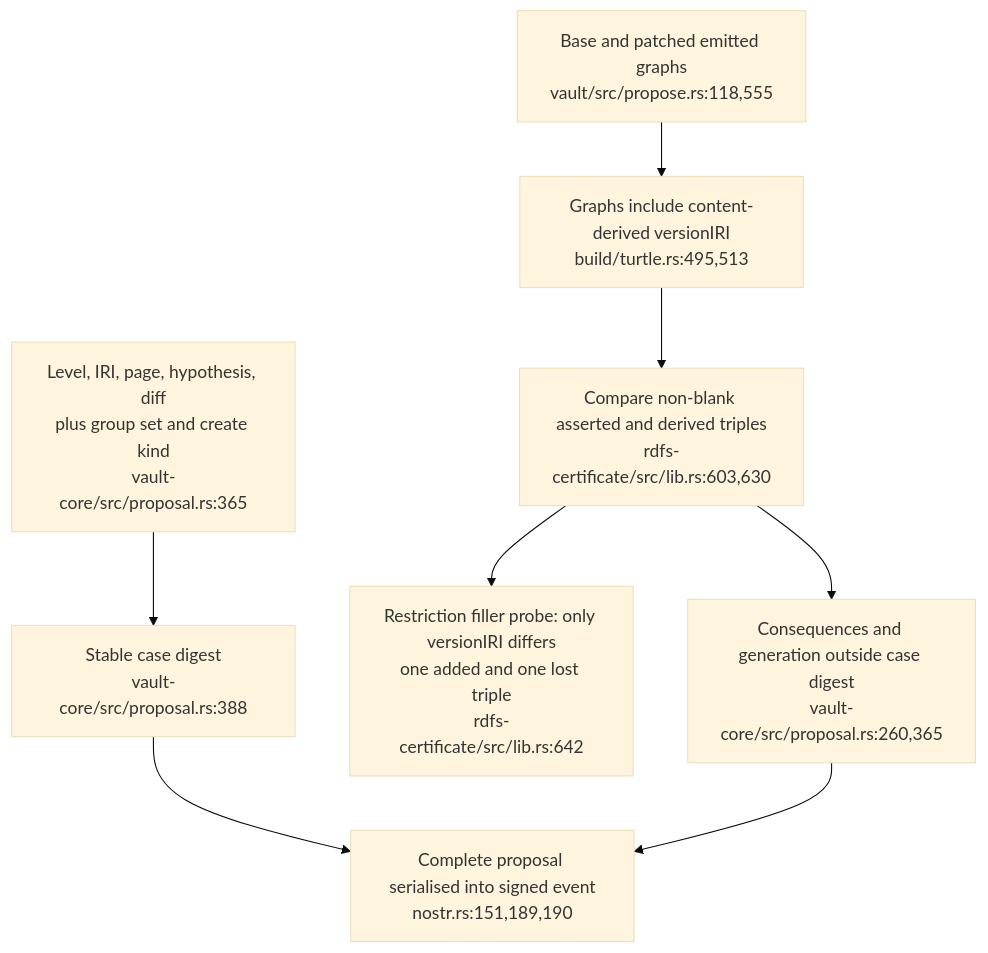
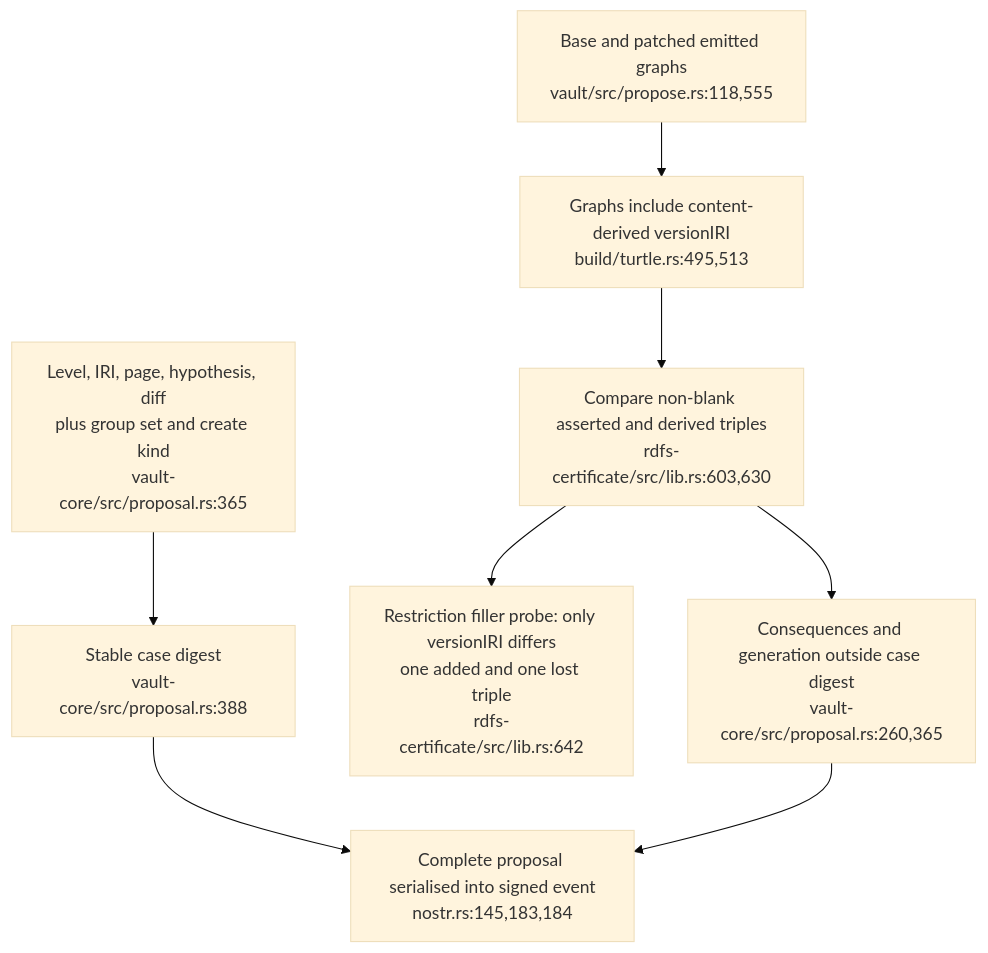
The second of 4 diagrams in docs/diagrams/visionclaw/41-proposal-construction-and-consumer-scope.md (DreamLab-AI/VisionFlow), drawn with Mermaid (base theme) before and after one commit. The commit also changed other lines of this file and 56 other files, not shown here.

First line of the commit message:
docs(diagrams): re-verify VisionClaw topics at ec785afa9, add VC-19/56/57 and the VisionClaw register

````diff
--- a/docs/diagrams/visionclaw/41-proposal-construction-and-consumer-scope.md
+++ b/docs/diagrams/visionclaw/41-proposal-construction-and-consumer-scope.md
@@ -51,10 +53,10 @@
 ```mermaid
 flowchart TD
     A["Level, IRI, page, hypothesis, diff<br/>plus group set and create kind<br/>vault-core/src/proposal.rs:365"] --> C["Stable case digest<br/>vault-core/src/proposal.rs:388"]
     BASE["Base and patched emitted graphs<br/>vault/src/propose.rs:118,555"] --> V["Graphs include content-derived versionIRI<br/>build/turtle.rs:495,513"]
     V --> R["Compare non-blank asserted and derived triples<br/>rdfs-certificate/src/lib.rs:603,630"]
     R --> META["Restriction filler probe: only versionIRI differs<br/>one added and one lost triple<br/>rdfs-certificate/src/lib.rs:642"]
     R --> E["Consequences and generation outside case digest<br/>vault-core/src/proposal.rs:260,365"]
-    C --> FULL["Complete proposal serialised into signed event<br/>nostr.rs:151,189,190"]
+    C --> FULL["Complete proposal serialised into signed event<br/>nostr.rs:145,183,184"]
     E --> FULL
 ```
````
